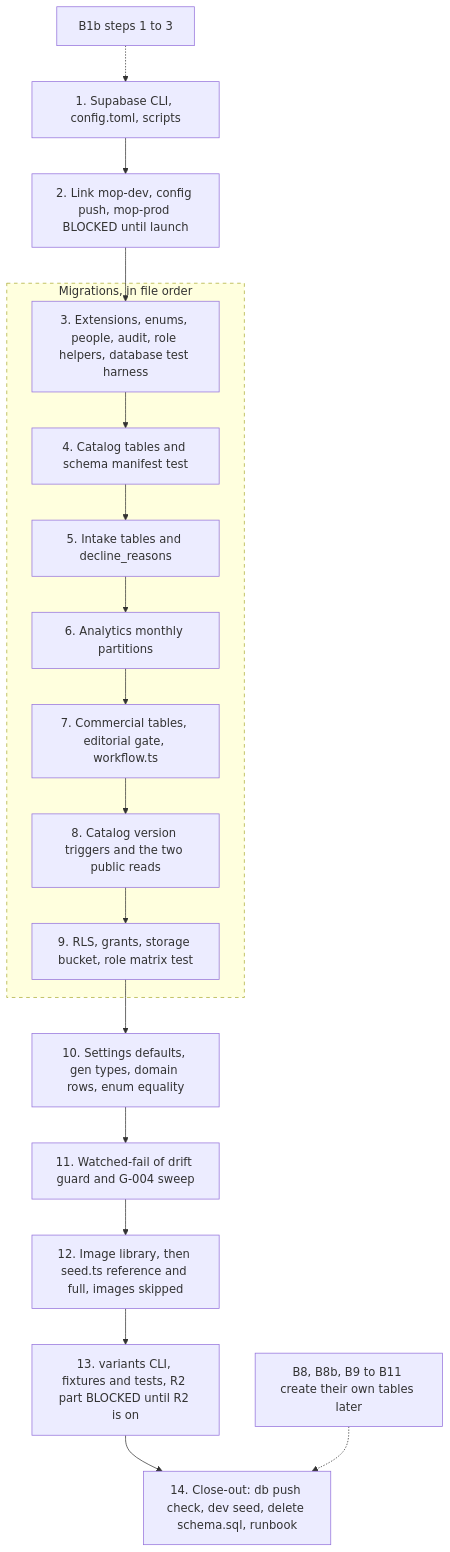
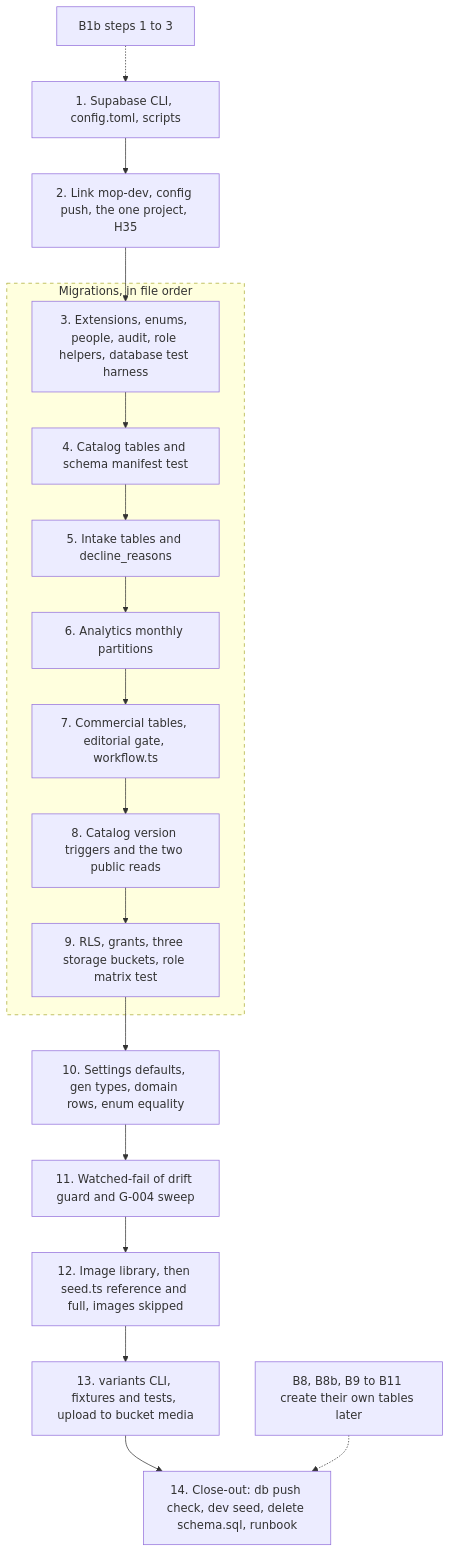
The second of 6 diagrams in workspace/03-diagrams/plans-a.md (AbdulrahmanAmer/matter-of-place), drawn with Mermaid before and after one commit. The commit also changed other lines of this file and 84 other files, not shown here.

First line of the commit message:
Plans rewritten for three operator decisions: no R2 (Supabase Storage, /media route), captions through the laptop runner, one database with a launch switch; rulings H33 to H37; own files in line

````diff
--- a/workspace/03-diagrams/plans-a.md
+++ b/workspace/03-diagrams/plans-a.md
@@ -31,23 +30,23 @@
 ```mermaid
 flowchart TD
   t1["1. Supabase CLI, config.toml, scripts"]
-  t2["2. Link mop-dev, config push, mop-prod BLOCKED until launch"]
+  t2["2. Link mop-dev, config push, the one project, H35"]
   subgraph SCHEMA["Migrations, in file order"]
     t3["3. Extensions, enums, people, audit, role helpers, database test harness"]
     t4["4. Catalog tables and schema manifest test"]
     t5["5. Intake tables and decline_reasons"]
     t6["6. Analytics monthly partitions"]
     t7["7. Commercial tables, editorial gate, workflow.ts"]
     t8["8. Catalog version triggers and the two public reads"]
-    t9["9. RLS, grants, storage bucket, role matrix test"]
+    t9["9. RLS, grants, three storage buckets, role matrix test"]
   end
   t10["10. Settings defaults, gen types, domain rows, enum equality"]
   t11["11. Watched-fail of drift guard and G-004 sweep"]
   t12["12. Image library, then seed.ts reference and full, images skipped"]
-  t13["13. variants CLI, fixtures and tests, R2 part BLOCKED until R2 is on"]
+  t13["13. variants CLI, fixtures and tests, upload to bucket media"]
   t14["14. Close-out: db push check, dev seed, delete schema.sql, runbook"]
   t1 --> t2 --> t3 --> t4 --> t5 --> t6 --> t7 --> t8 --> t9 --> t10 --> t11 --> t12 --> t13 --> t14
   b1b["B1b steps 1 to 3"] -.-> t1
   b8["B8, B8b, B9 to B11 create their own tables later"] -.-> t14
   style SCHEMA stroke-dasharray: 5 5
 ```
````
